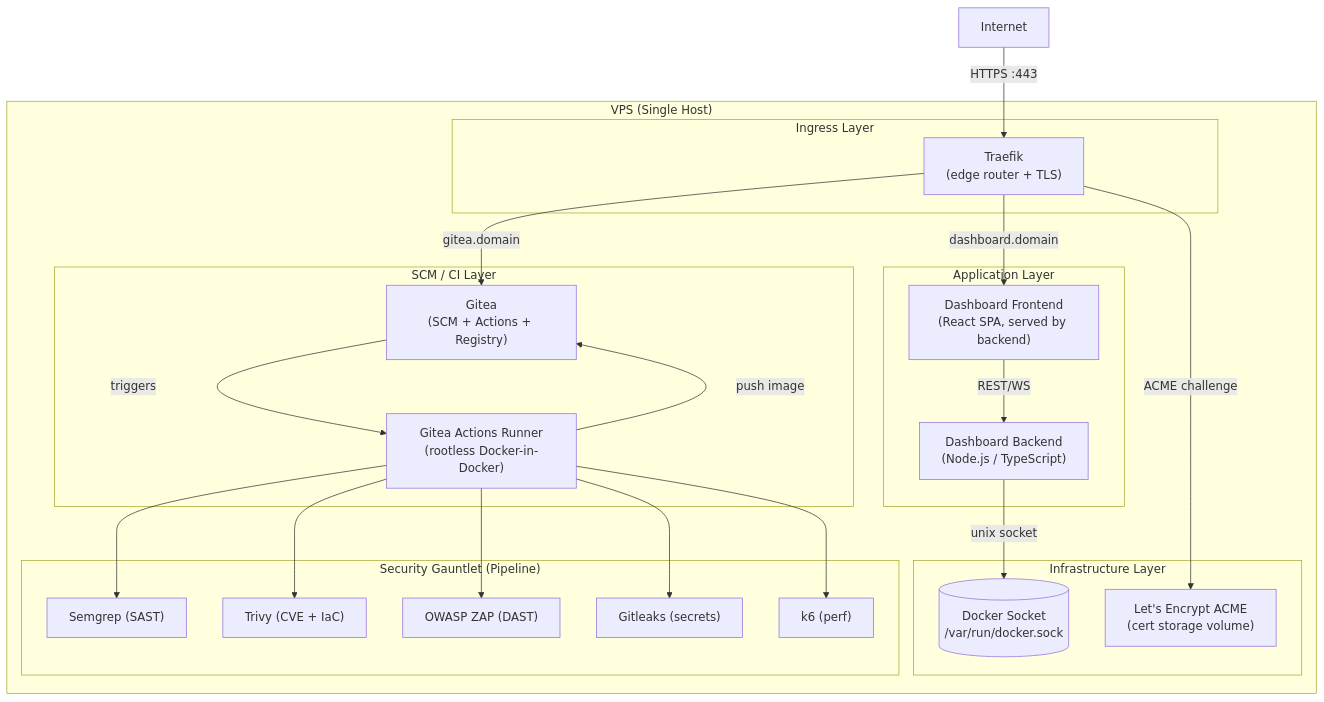
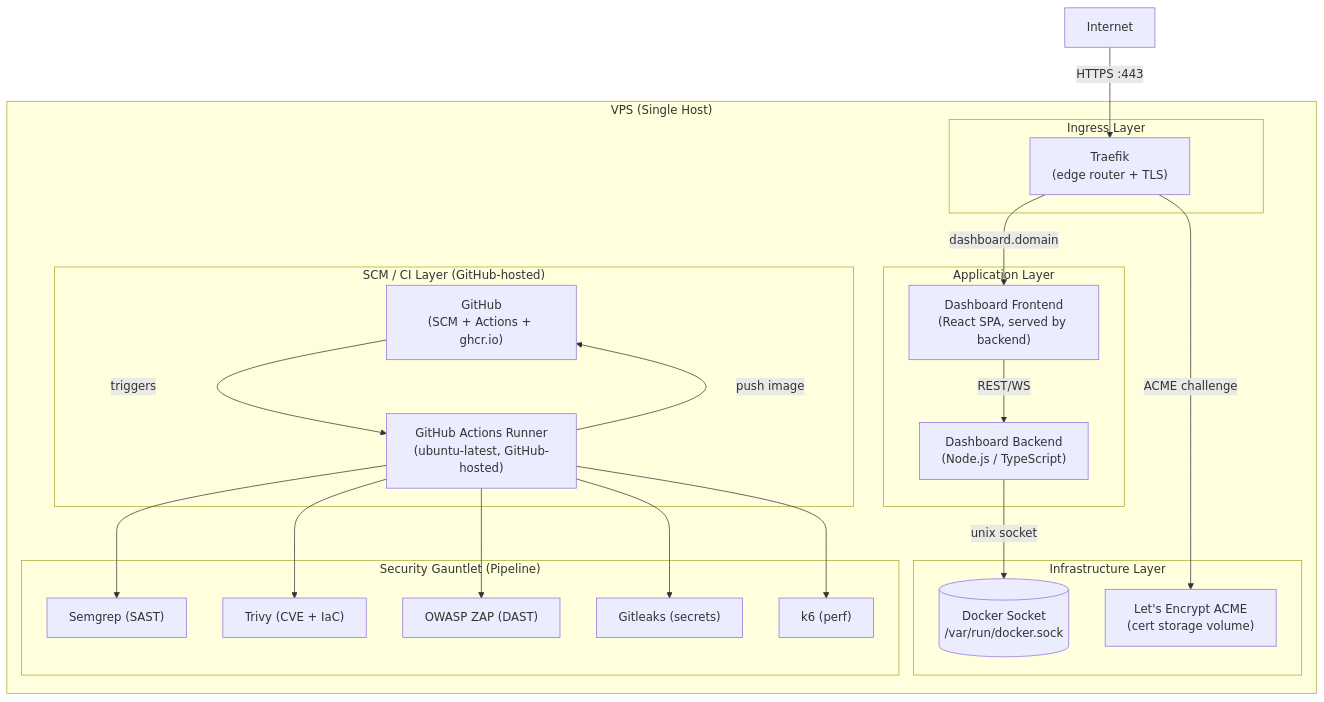
Before and after one commit to Helmwill/DevOps-Platform: the diagram in docs/architecture.md, drawn with Mermaid. The commit also changed other lines of this file and 17 other files, not shown here.

Commit message:
Switch SCM/CI from Gitea to GitHub Actions

````diff
--- a/docs/architecture.md
+++ b/docs/architecture.md
@@ -59,45 +59,44 @@
 ```mermaid
 graph TD
     subgraph VPS ["VPS (Single Host)"]
         subgraph Ingress ["Ingress Layer"]
             TR["Traefik\n(edge router + TLS)"]
         end
 
-        subgraph SCM_CI ["SCM / CI Layer"]
-            GT["Gitea\n(SCM + Actions + Registry)"]
-            RN["Gitea Actions Runner\n(rootless Docker-in-Docker)"]
+        subgraph SCM_CI ["SCM / CI Layer (GitHub-hosted)"]
+            GT["GitHub\n(SCM + Actions + ghcr.io)"]
+            RN["GitHub Actions Runner\n(ubuntu-latest, GitHub-hosted)"]
         end
 
         subgraph App ["Application Layer"]
             DB_BE["Dashboard Backend\n(Node.js / TypeScript)"]
             DB_FE["Dashboard Frontend\n(React SPA, served by backend)"]
         end
 
         subgraph Infra ["Infrastructure Layer"]
             DS[("Docker Socket\n/var/run/docker.sock")]
             LE["Let's Encrypt ACME\n(cert storage volume)"]
         end
 
         subgraph Security ["Security Gauntlet (Pipeline)"]
             SG["Semgrep (SAST)"]
             TV["Trivy (CVE + IaC)"]
             ZP["OWASP ZAP (DAST)"]
             GL["Gitleaks (secrets)"]
             K6["k6 (perf)"]
         end
     end
 
     Internet -->|"HTTPS :443"| TR
     TR -->|"dashboard.domain"| DB_FE
-    TR -->|"gitea.domain"| GT
     GT -->|"triggers"| RN
     RN -->|"push image"| GT
     RN --> SG
     RN --> TV
     RN --> ZP
     RN --> GL
     RN --> K6
     DB_BE -->|"unix socket"| DS
     DB_FE -->|"REST/WS"| DB_BE
     TR -->|"ACME challenge"| LE
 ```
````
